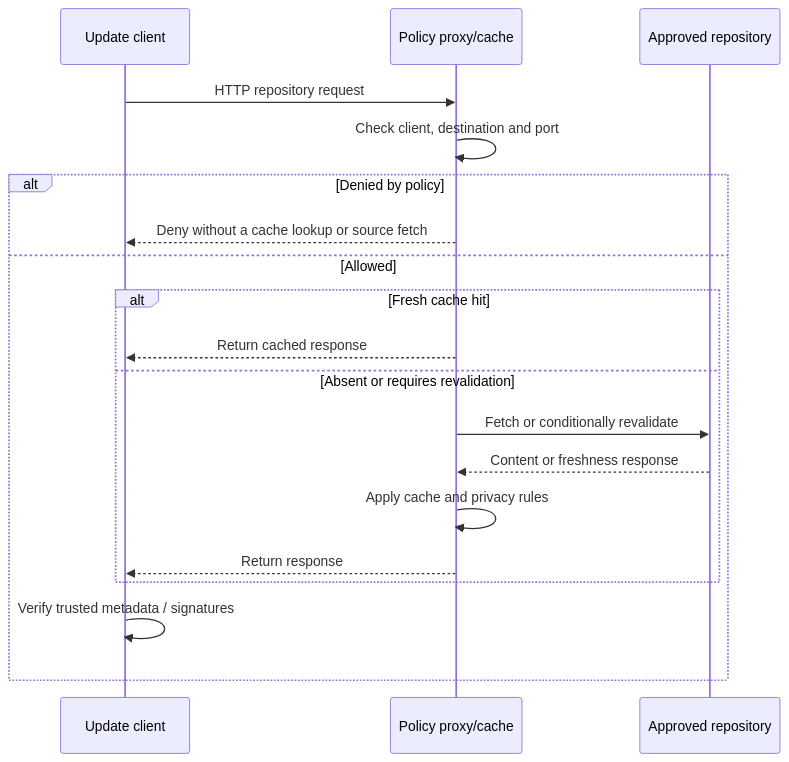
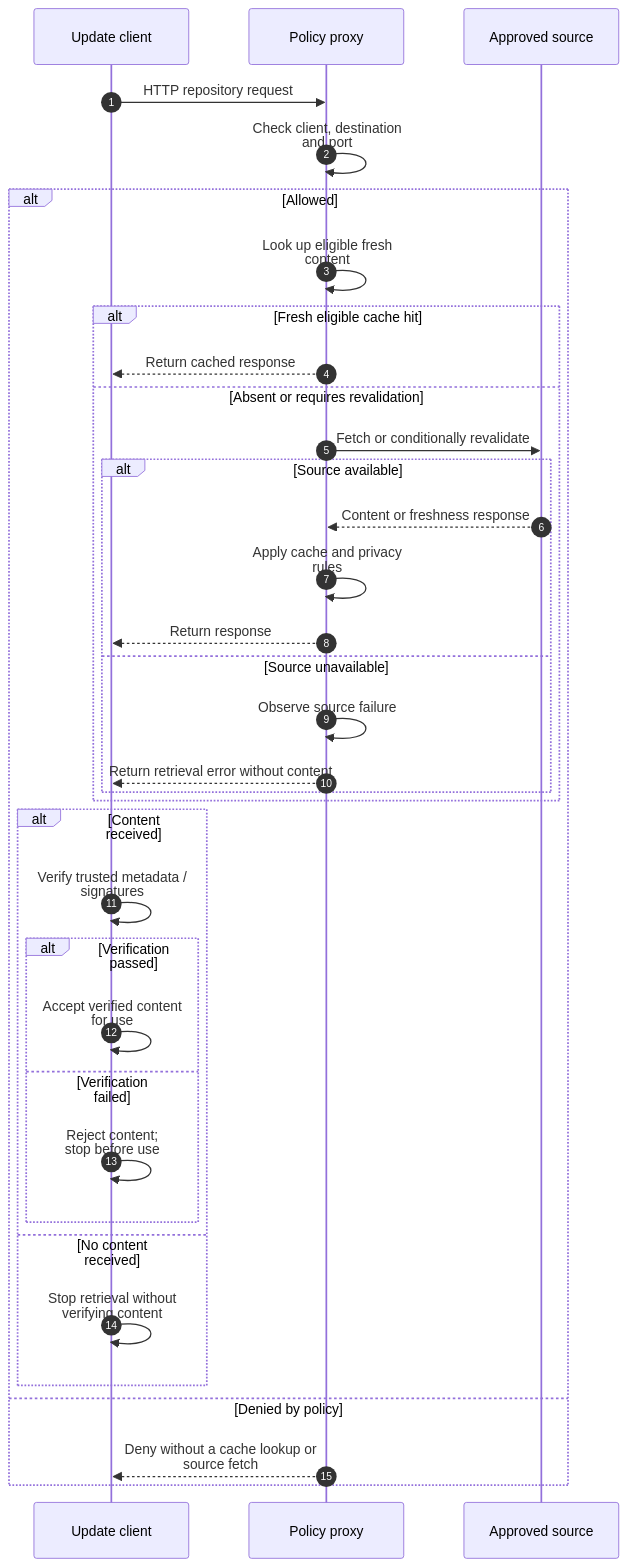
Before and after one commit to Rexus/homelab: the second of 2 diagrams in docs/01-architecture/07-software-intake/README.md, drawn with Mermaid. The commit also changed other lines of this file and 230 other files, not shown here.

Commit message:
feat(architecture): add connected models, SysON workflows and intake verification

````diff
--- a/docs/01-architecture/07-software-intake/README.md
+++ b/docs/01-architecture/07-software-intake/README.md
@@ -75,21 +94,58 @@
 ```mermaid
+%%{init: {"fontFamily":"Arial, sans-serif","sequence":{"wrap":true,"width":180,"actorMargin":70,"messageMargin":32,"noteMargin":12}}}%%
 sequenceDiagram
-  participant Client as Update client
-  participant Proxy as Policy proxy/cache
-  participant Source as Approved repository
-  Client->>Proxy: HTTP repository request
-  Proxy->>Proxy: Check client, destination and port
-  alt Denied by policy
-    Proxy-->>Client: Deny without a cache lookup or source fetch
-  else Allowed
-    alt Fresh cache hit
-      Proxy-->>Client: Return cached response
+  autonumber
+  participant P0 as Update client
+  participant P1 as Policy proxy
+  participant P2 as Approved source
+  %% model: H-request
+  P0->>P1: HTTP repository request
+  %% model: H-check
+  P1->>P1: Check client, destination and port
+  %% model: H-policy
+  alt Allowed
+    %% model: H-lookup
+    P1->>P1: Look up eligible fresh content
+    %% model: H-cache-choice
+    alt Fresh eligible cache hit
+      %% model: H-cached
+      P1-->>P0: Return cached response
     else Absent or requires revalidation
-      Proxy->>Source: Fetch or conditionally revalidate
-      Source-->>Proxy: Content or freshness response
-      Proxy->>Proxy: Apply cache and privacy rules
-      Proxy-->>Client: Return response
+      %% model: H-fetch
+      P1->>P2: Fetch or conditionally revalidate
+      %% model: H-source-choice
+      alt Source available
+        %% model: H-origin
+        P2-->>P1: Content or freshness response
+        %% model: H-cache-rules
+        P1->>P1: Apply cache and privacy rules
+        %% model: H-response
+        P1-->>P0: Return response
+      else Source unavailable
+        %% model: H-source-failure
+        P1->>P1: Observe source failure
+        %% model: H-unavailable
+        P1-->>P0: Return retrieval error without content
+      end
     end
-    Client->>Client: Verify trusted metadata / signatures
+    %% model: H-delivery-choice
+    alt Content received
+      %% model: H-verify
+      P0->>P0: Verify trusted metadata / signatures
+      %% model: H-integrity-choice
+      alt Verification passed
+        %% model: H-accepted
+        P0->>P0: Accept verified content for use
+      else Verification failed
+        %% model: H-rejected
+        P0->>P0: Reject content#59; stop before use
+      end
+    else No content received
+      %% model: H-stop
+      P0->>P0: Stop retrieval without verifying content
+    end
+  else Denied by policy
+    %% model: H-denied
+    P1-->>P0: Deny without a cache lookup or source fetch
   end
 ```
````
